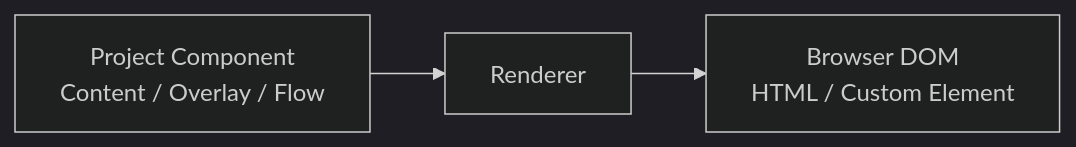
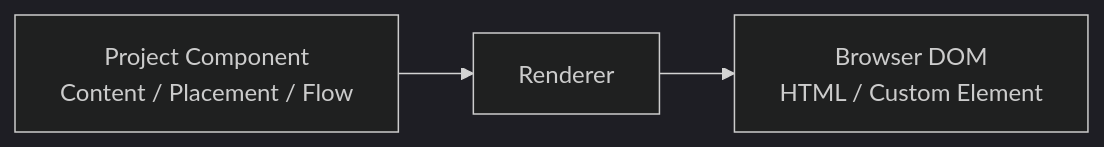
The second of 11 diagrams in docs/architecture/03-technology-and-system-architecture.md (northwest-hcu/FlagShip), drawn with Mermaid (dark theme) before and after one commit. The commit also changed other lines of this file and 46 other files, not shown here.

````diff
--- a/docs/architecture/03-technology-and-system-architecture.md
+++ b/docs/architecture/03-technology-and-system-architecture.md
@@ -61,8 +61,8 @@
 ```mermaid
 flowchart LR
-    Component["Project Component<br/>Content / Overlay / Flow"]
+    Component["Project Component<br/>Content / Placement / Flow"]
     Renderer["Renderer"]
     DOM["Browser DOM<br/>HTML / Custom Element"]
 
     Component --> Renderer --> DOM
 ```
````
